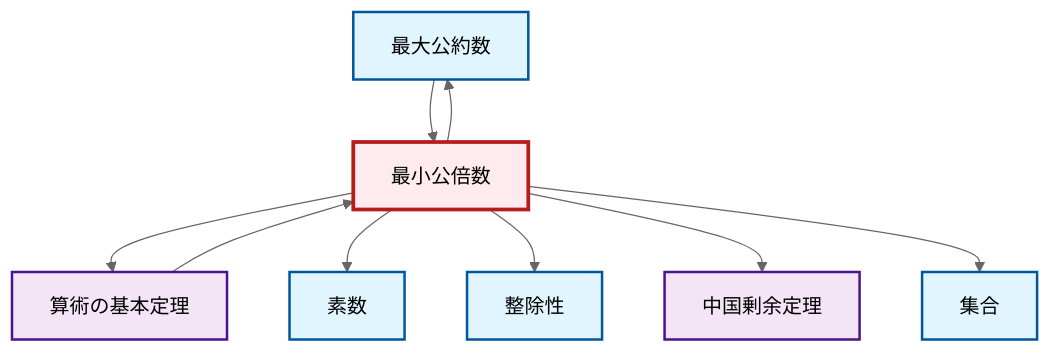
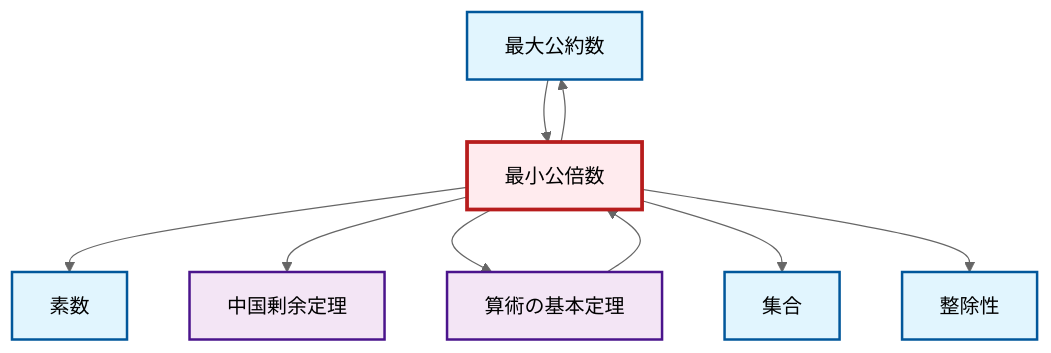
The diagram in output/mermaid/ja/def-lcm.mermaid (RK0429/ModernMath), drawn with Mermaid (neutral theme) before and after one commit. The commit also changed other lines of this file and 3106 other files, not shown here.

```diff
--- a/output/mermaid/ja/def-lcm.mermaid
+++ b/output/mermaid/ja/def-lcm.mermaid
@@ -1,22 +1,22 @@
 graph TD
     classDef definition fill:#e1f5fe,stroke:#01579b,stroke-width:2px
     classDef theorem fill:#f3e5f5,stroke:#4a148c,stroke-width:2px
     classDef axiom fill:#fff3e0,stroke:#e65100,stroke-width:2px
     classDef example fill:#e8f5e9,stroke:#1b5e20,stroke-width:2px
     classDef current fill:#ffebee,stroke:#b71c1c,stroke-width:3px
+    def-gcd["最大公約数"]:::definition
+    def-lcm["最小公倍数"]:::definition
+    def-divisibility["整除性"]:::definition
+    thm-fundamental-arithmetic["算術の基本定理"]:::theorem
+    def-prime["素数"]:::definition
     thm-chinese-remainder["中国剰余定理"]:::theorem
-    def-prime["素数"]:::definition
-    def-gcd["最大公約数"]:::definition
-    thm-fundamental-arithmetic["算術の基本定理"]:::theorem
-    def-divisibility["整除性"]:::definition
     def-set["集合"]:::definition
-    def-lcm["最小公倍数"]:::definition
+    def-lcm --> def-gcd
+    def-lcm --> def-prime
+    def-lcm --> thm-chinese-remainder
     def-lcm --> thm-fundamental-arithmetic
-    def-lcm --> def-gcd
+    def-lcm --> def-set
     thm-fundamental-arithmetic --> def-lcm
+    def-lcm --> def-divisibility
     def-gcd --> def-lcm
-    def-lcm --> def-prime
-    def-lcm --> def-divisibility
-    def-lcm --> thm-chinese-remainder
-    def-lcm --> def-set
     class def-lcm current
```
